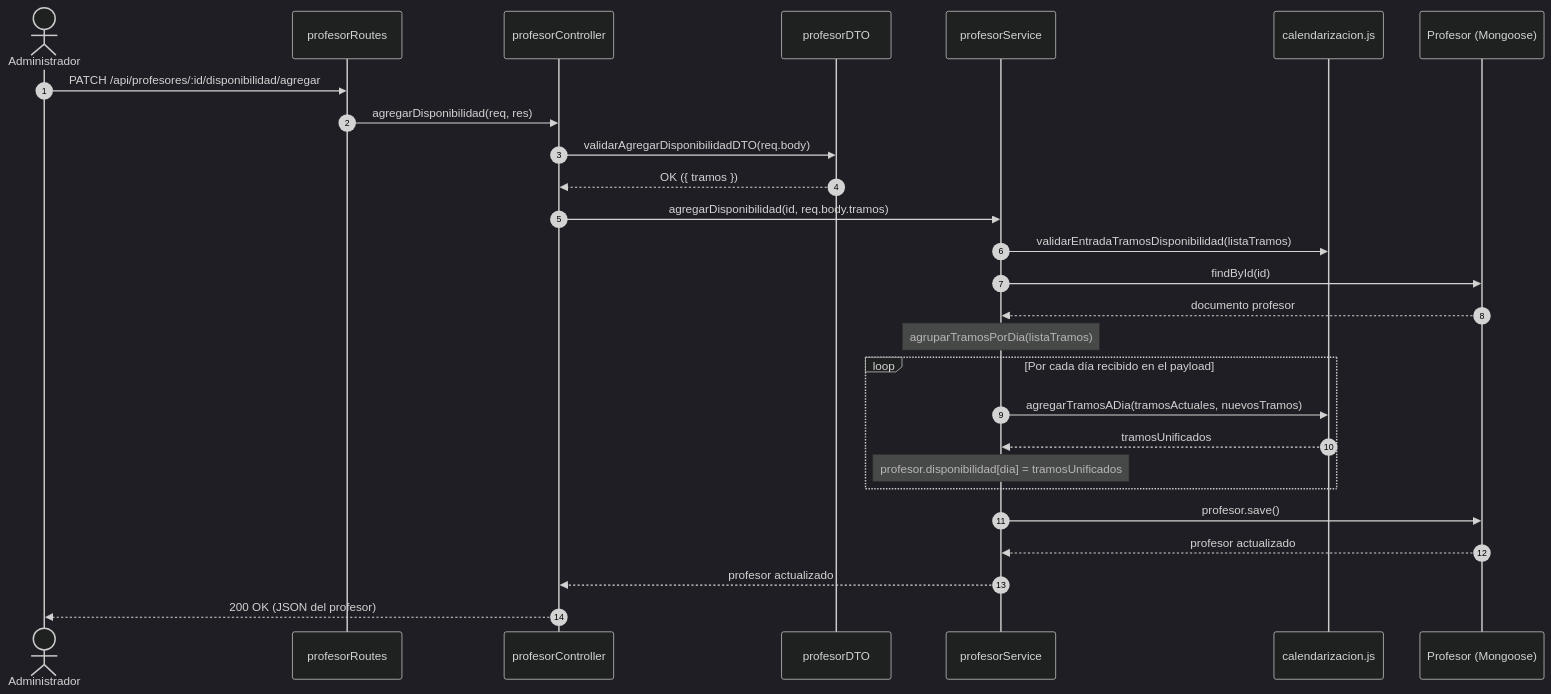
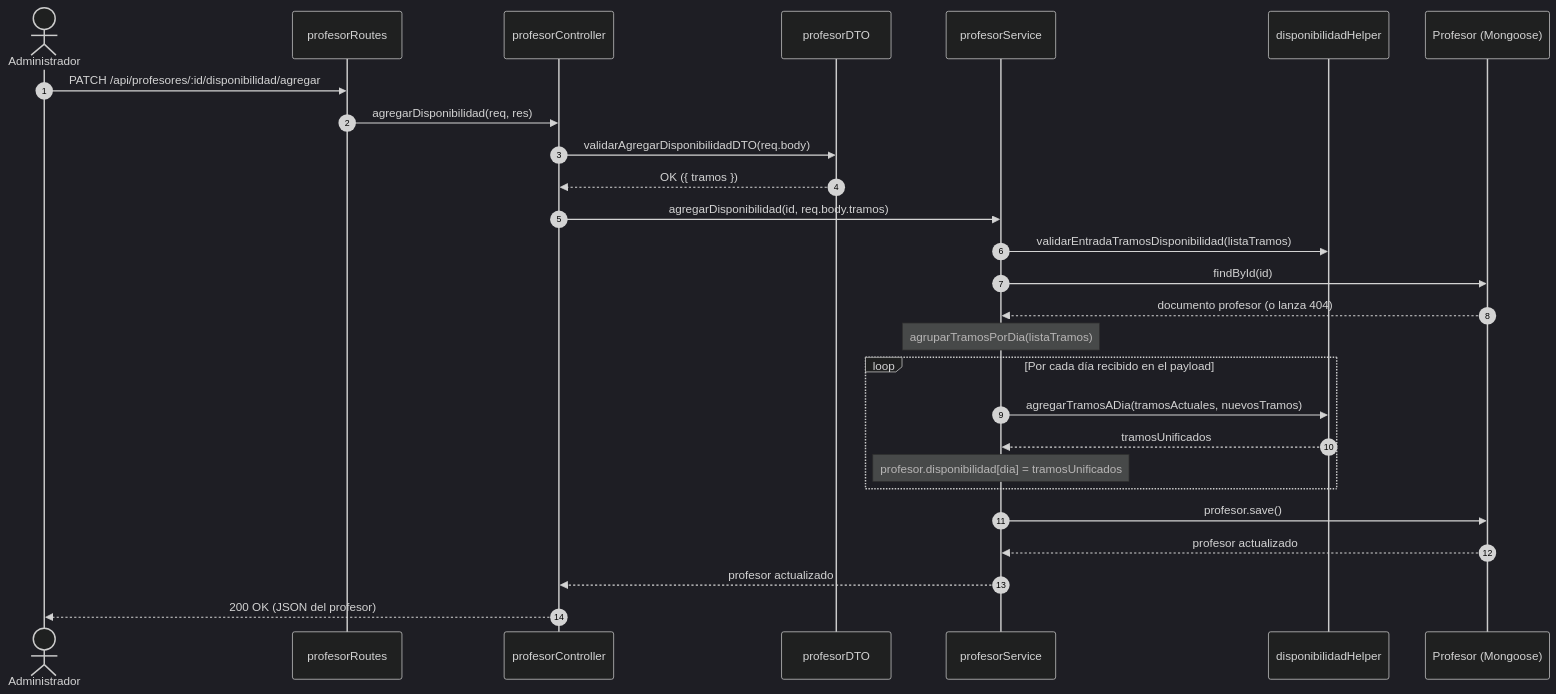
Before and after one commit to SM03594/INSPT-Prog3-DriveAndLearn-backend: the second of 2 diagrams in docs/Guias/03-CALENDARIZACION.md, drawn with Mermaid (dark theme). The commit also changed other lines of this file and 11 other files, not shown here.

````diff
--- a/docs/Guias/03-CALENDARIZACION.md
+++ b/docs/Guias/03-CALENDARIZACION.md
@@ -206,30 +215,30 @@
 ```mermaid
 sequenceDiagram
     autonumber
     actor Admin as Administrador
     participant Route as profesorRoutes
     participant Ctrl as profesorController
     participant DTO as profesorDTO
     participant Svc as profesorService
-    participant Cal as calendarizacion.js
+    participant HDisp as disponibilidadHelper
     participant Model as Profesor (Mongoose)
 
     Admin->>Route: PATCH /api/profesores/:id/disponibilidad/agregar
     Route->>Ctrl: agregarDisponibilidad(req, res)
     Ctrl->>DTO: validarAgregarDisponibilidadDTO(req.body)
     DTO-->>Ctrl: OK ({ tramos })
     Ctrl->>Svc: agregarDisponibilidad(id, req.body.tramos)
-    Svc->>Cal: validarEntradaTramosDisponibilidad(listaTramos)
+    Svc->>HDisp: validarEntradaTramosDisponibilidad(listaTramos)
     Svc->>Model: findById(id)
-    Model-->>Svc: documento profesor
+    Model-->>Svc: documento profesor (o lanza 404)
     Note over Svc: agruparTramosPorDia(listaTramos)
     loop Por cada día recibido en el payload
-        Svc->>Cal: agregarTramosADia(tramosActuales, nuevosTramos)
-        Cal-->>Svc: tramosUnificados
+        Svc->>HDisp: agregarTramosADia(tramosActuales, nuevosTramos)
+        HDisp-->>Svc: tramosUnificados
         Note over Svc: profesor.disponibilidad[dia] = tramosUnificados
     end
     Svc->>Model: profesor.save()
     Model-->>Svc: profesor actualizado
     Svc-->>Ctrl: profesor actualizado
     Ctrl-->>Admin: 200 OK (JSON del profesor)
 ```
````
